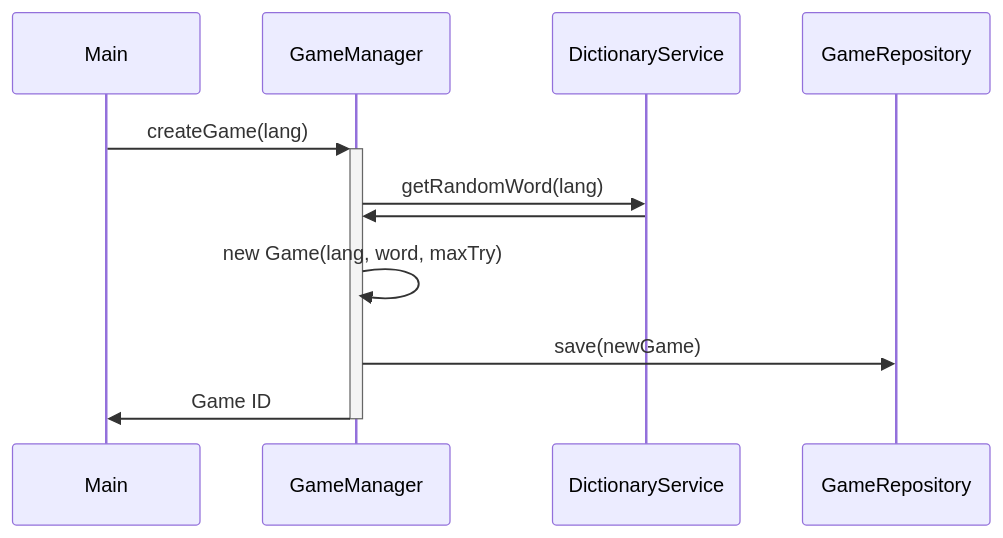
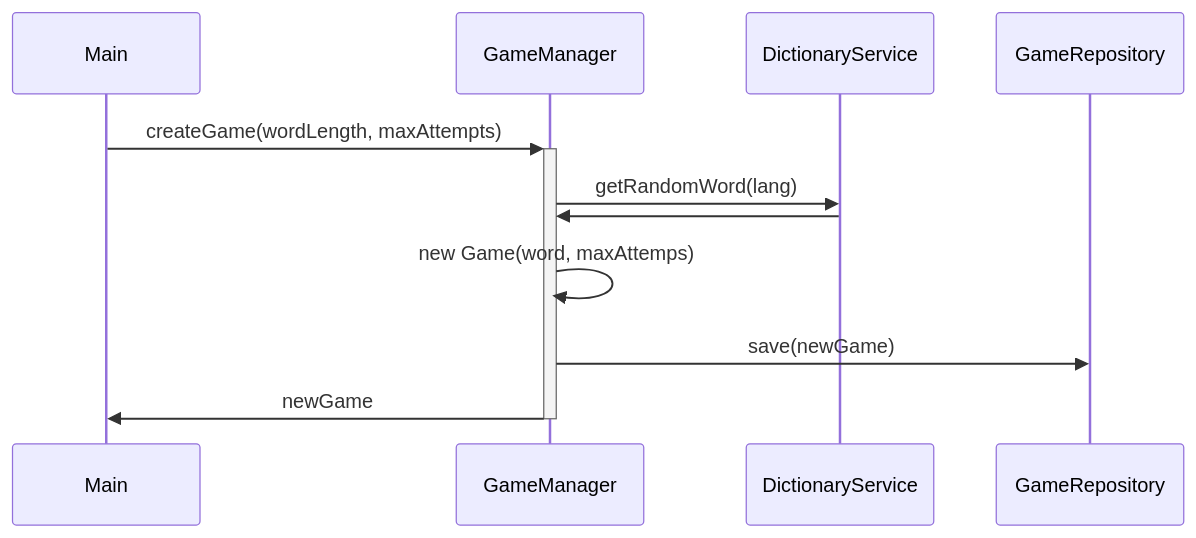
Before and after one commit to MaximeLorin/Z-aca-wordle-max: the first of 4 diagrams in CONCEPTION.md, drawn with Mermaid. The commit also changed other lines of this file and 1 other file, not shown here.

````diff
--- a/CONCEPTION.md
+++ b/CONCEPTION.md
@@ -4,13 +4,13 @@
 ```mermaid
 sequenceDiagram
     participant M as Main
     participant GM as GameManager
     participant DS as DictionaryService
     participant GR as GameRepository
-    M->>+GM: createGame(lang)
+    M->>+GM: createGame(wordLength, maxAttempts)
     GM->>DS: getRandomWord(lang)
     DS->>GM: 
-    GM->>GM: new Game(lang, word, maxTry)
+    GM->>GM: new Game(word, maxAttemps)
     GM->>GR: save(newGame)
-    GM->>-M: Game ID
+    GM->>-M: newGame
 ```
````
